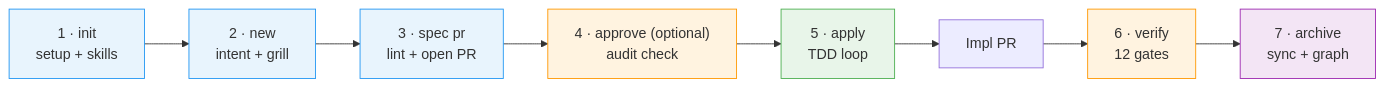
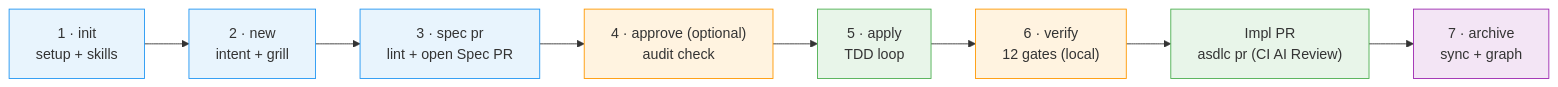
The first of 2 diagrams in README.md (akjamie/agentic-sdlc), drawn with Mermaid before and after one commit. The commit also changed other lines of this file and 4 other files, not shown here.

Commit message:
feat(pr): support dual-PR lifecycle for Spec PR vs Impl PR with distinct pre-flight gates and labels

````diff
--- a/README.md
+++ b/README.md
@@ -113,17 +113,19 @@
 ```mermaid
 flowchart LR
     S1["1 · init<br/>setup + skills"] --> S2["2 · new<br/>intent + grill"]
-    S2 --> S3["3 · spec pr<br/>lint + open PR"]
+    S2 --> S3["3 · spec pr<br/>lint + open Spec PR"]
     S3 --> S4["4 · approve (optional)<br/>audit check"]
     S4 --> S5["5 · apply<br/>TDD loop"]
-    S5 --> PR2["Impl PR"]
-    PR2 --> S6["6 · verify<br/>12 gates"] --> S7["7 · archive<br/>sync + graph"]
+    S5 --> S6["6 · verify<br/>12 gates (local)"]
+    S6 --> PR2["Impl PR<br/>asdlc pr (CI AI Review)"]
+    PR2 --> S7["7 · archive<br/>sync + graph"]
 
     style S1 fill:#e8f4fd,stroke:#2196f3
     style S2 fill:#e8f4fd,stroke:#2196f3
     style S3 fill:#e8f4fd,stroke:#2196f3
     style S4 fill:#fff3e0,stroke:#ff9800
     style S5 fill:#e8f5e9,stroke:#4caf50
     style S6 fill:#fff3e0,stroke:#ff9800
+    style PR2 fill:#e8f5e9,stroke:#4caf50
     style S7 fill:#f3e5f5,stroke:#9c27b0
 ```
````
